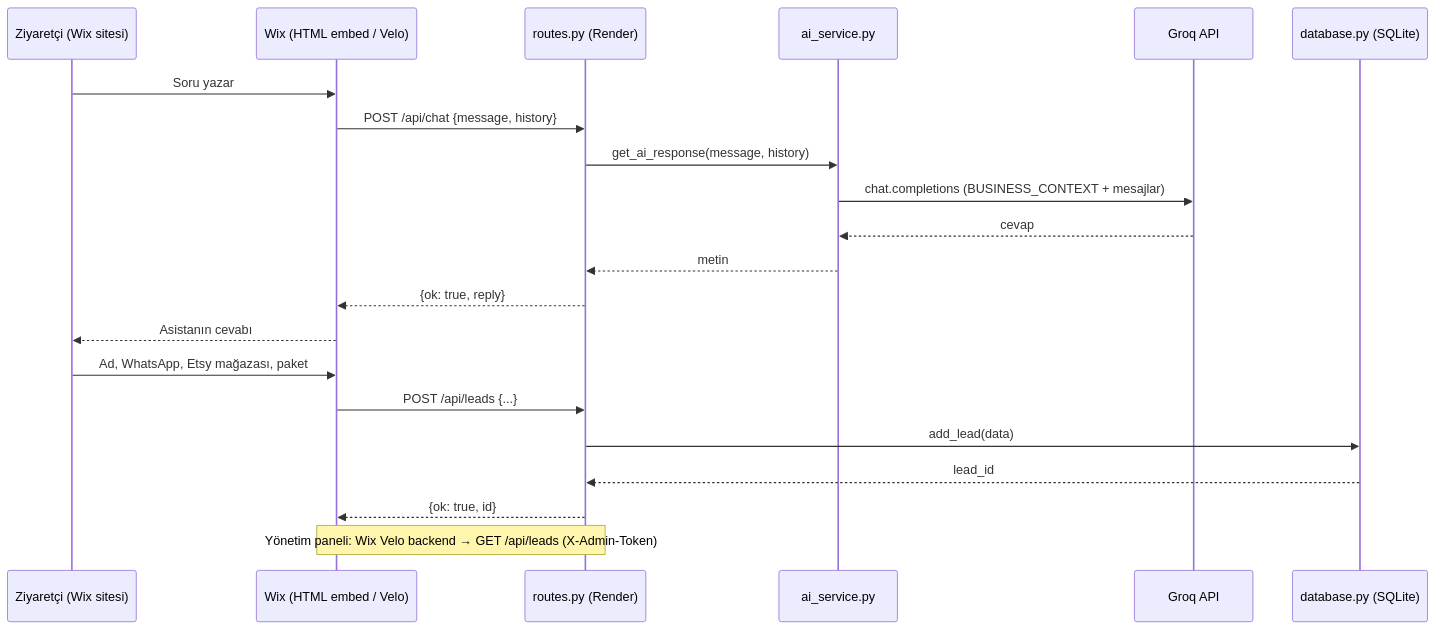
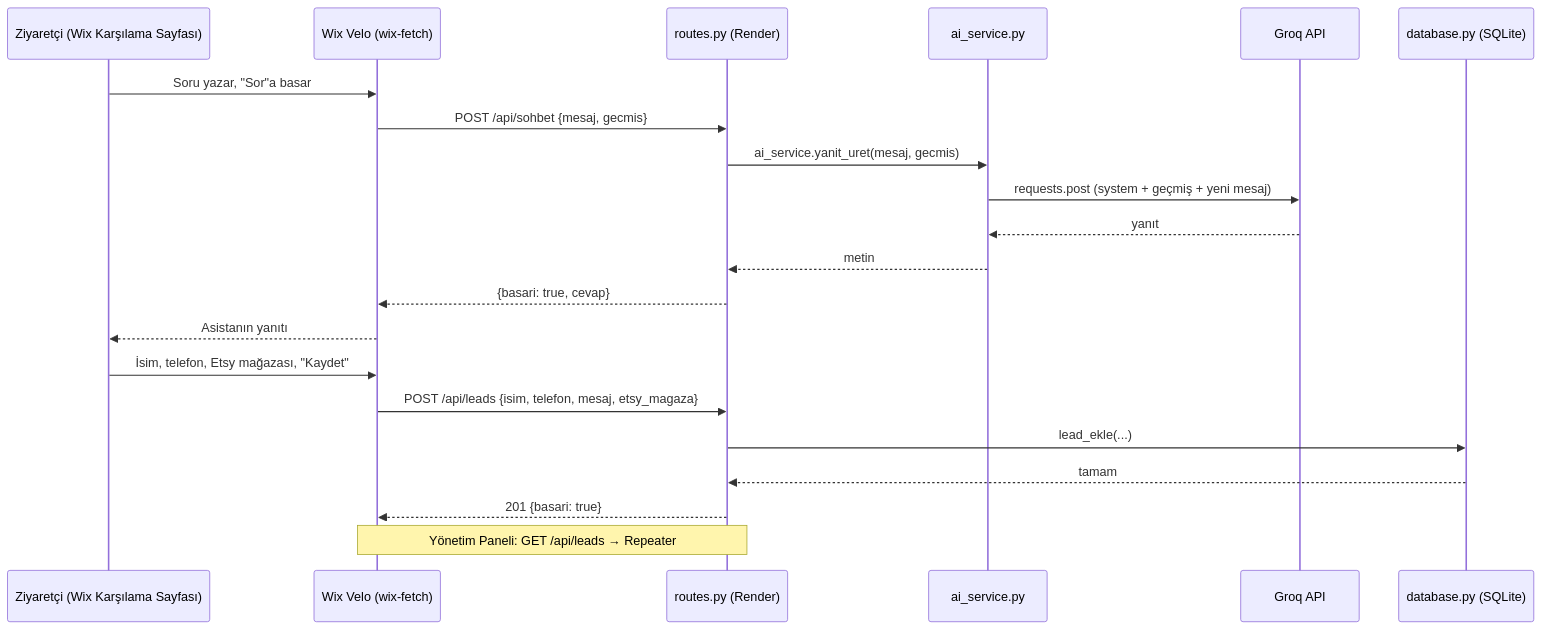
Before and after one commit to Allahverdyy/smartlead-ai: the diagram in docs/MIMARI.md, drawn with Mermaid. The commit also changed other lines of this file and 3 other files, not shown here.

````diff
--- a/docs/MIMARI.md
+++ b/docs/MIMARI.md
@@ -103,26 +108,26 @@
 ```mermaid
 sequenceDiagram
-    participant Z as Ziyaretçi (Wix sitesi)
-    participant W as Wix (HTML embed / Velo)
+    participant Z as Ziyaretçi (Wix Karşılama Sayfası)
+    participant W as Wix Velo (wix-fetch)
     participant R as routes.py (Render)
     participant AI as ai_service.py
     participant G as Groq API
     participant DB as database.py (SQLite)
 
-    Z->>W: Soru yazar
-    W->>R: POST /api/chat {message, history}
-    R->>AI: get_ai_response(message, history)
-    AI->>G: chat.completions (BUSINESS_CONTEXT + mesajlar)
-    G-->>AI: cevap
+    Z->>W: Soru yazar, "Sor"a basar
+    W->>R: POST /api/sohbet {mesaj, gecmis}
+    R->>AI: ai_service.yanit_uret(mesaj, gecmis)
+    AI->>G: requests.post (system + geçmiş + yeni mesaj)
+    G-->>AI: yanıt
     AI-->>R: metin
-    R-->>W: {ok: true, reply}
-    W-->>Z: Asistanın cevabı
+    R-->>W: {basari: true, cevap}
+    W-->>Z: Asistanın yanıtı
 
-    Z->>W: Ad, WhatsApp, Etsy mağazası, paket
-    W->>R: POST /api/leads {...}
-    R->>DB: add_lead(data)
-    DB-->>R: lead_id
-    R-->>W: {ok: true, id}
+    Z->>W: İsim, telefon, Etsy mağazası, "Kaydet"
+    W->>R: POST /api/leads {isim, telefon, mesaj, etsy_magaza}
+    R->>DB: lead_ekle(...)
+    DB-->>R: tamam
+    R-->>W: 201 {basari: true}
 
-    Note over W,R: Yönetim paneli: Wix Velo backend → GET /api/leads (X-Admin-Token)
+    Note over W,R: Yönetim Paneli: GET /api/leads → Repeater
 ```
````
